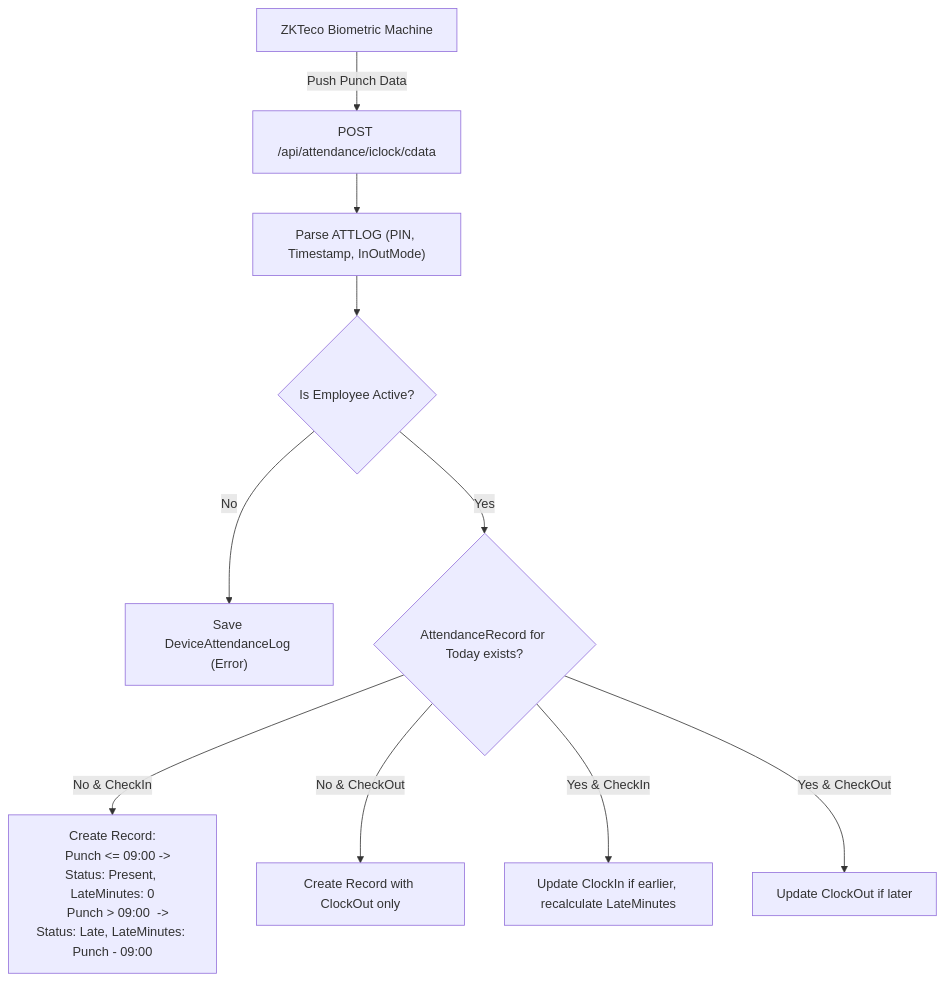
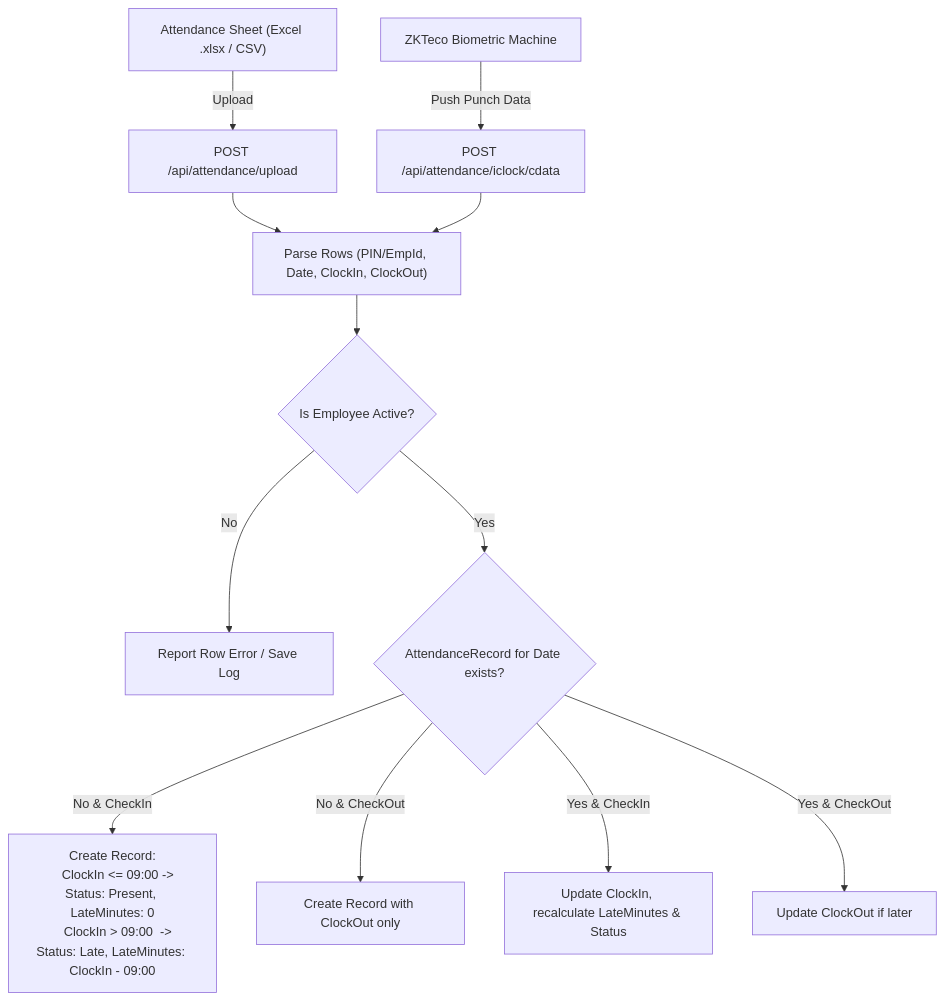
The third of 5 diagrams in HR_System_Documentation.md (3bdallah99/HR-System), drawn with Mermaid before and after one commit. The commit also changed other lines of this file and 222 other files, not shown here.

````diff
--- a/HR_System_Documentation.md
+++ b/HR_System_Documentation.md
@@ -105,16 +105,20 @@
 ```mermaid
 flowchart TD
-    Device["ZKTeco Biometric Machine"] -- Push Punch Data --> Endpoint["POST /api/attendance/iclock/cdata"]
-    Endpoint --> Parse["Parse ATTLOG (PIN, Timestamp, InOutMode)"]
+    Sheet["Attendance Sheet (Excel .xlsx / CSV)"] -- Upload --> UploadEP["POST /api/attendance/upload"]
+    Device["ZKTeco Biometric Machine"] -- Push Punch Data --> DeviceEP["POST /api/attendance/iclock/cdata"]
+    
+    UploadEP --> Parse["Parse Rows (PIN/EmpId, Date, ClockIn, ClockOut)"]
+    DeviceEP --> Parse
+    
     Parse --> CheckEmp{"Is Employee Active?"}
-    CheckEmp -- No --> LogErr["Save DeviceAttendanceLog (Error)"]
-    CheckEmp -- Yes --> FindRecord{"AttendanceRecord for Today exists?"}
+    CheckEmp -- No --> LogErr["Report Row Error / Save Log"]
+    CheckEmp -- Yes --> FindRecord{"AttendanceRecord for Date exists?"}
     
     FindRecord -- No & CheckIn --> CreateRecord["Create Record:
-    Punch <= 09:00 -> Status: Present, LateMinutes: 0
-    Punch > 09:00  -> Status: Late, LateMinutes: Punch - 09:00"]
+    ClockIn <= 09:00 -> Status: Present, LateMinutes: 0
+    ClockIn > 09:00  -> Status: Late, LateMinutes: ClockIn - 09:00"]
     FindRecord -- No & CheckOut --> CreateOutOnly["Create Record with ClockOut only"]
     
-    FindRecord -- Yes & CheckIn --> UpdateIn["Update ClockIn if earlier, recalculate LateMinutes"]
+    FindRecord -- Yes & CheckIn --> UpdateIn["Update ClockIn, recalculate LateMinutes & Status"]
     FindRecord -- Yes & CheckOut --> UpdateOut["Update ClockOut if later"]
 ```
````
